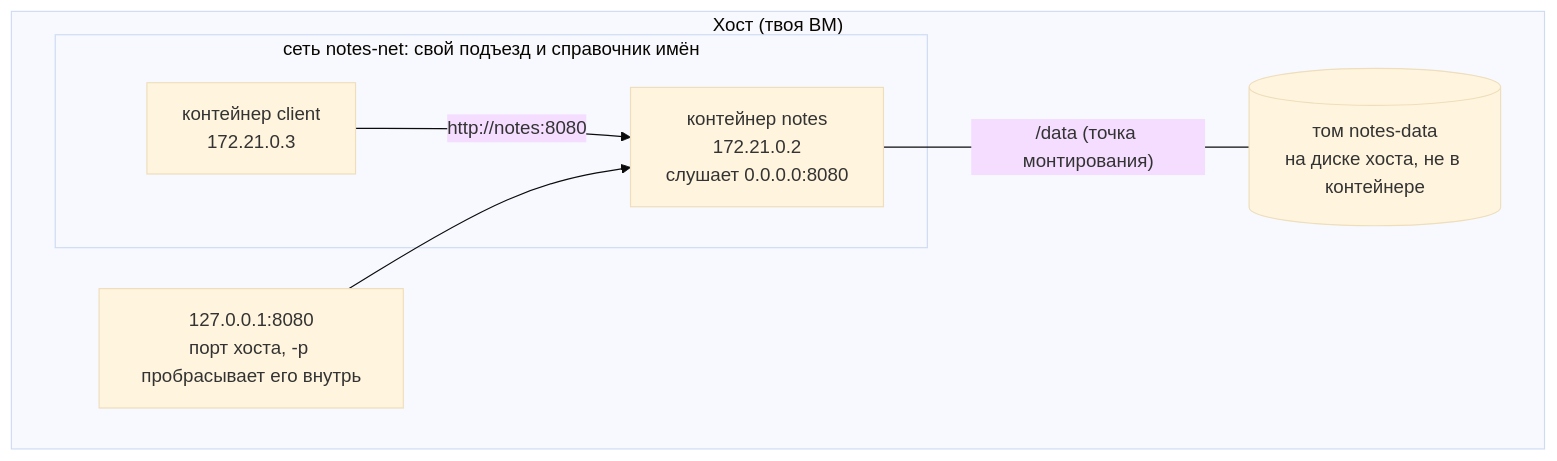
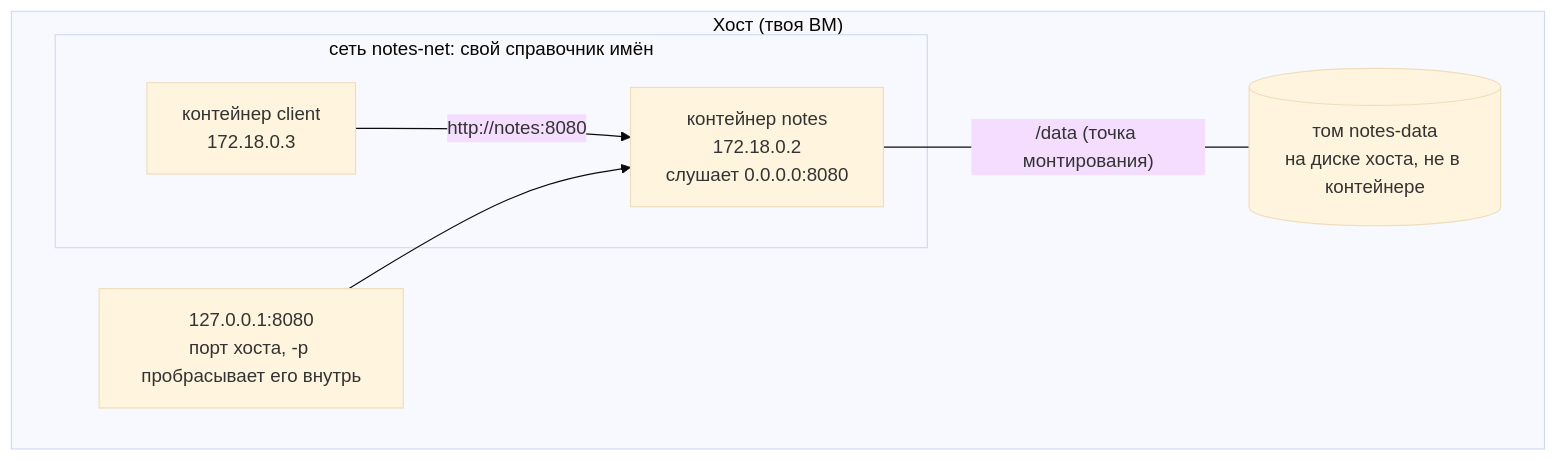
One commit to distinguished-sre/learning changed the first of 10 diagrams in devops/04-docker/03-storage-networks.md. Above: the diagram before and after it, drawn with Mermaid (base theme). The commit also changed other lines of this file and 462 other files, not shown here.

````diff
--- a/devops/04-docker/03-storage-networks.md
+++ b/devops/04-docker/03-storage-networks.md
@@ -41,14 +41,14 @@
 ```mermaid
 flowchart TB
     subgraph HOST["Хост (твоя ВМ)"]
         PORT["127.0.0.1:8080<br>порт хоста, -p пробрасывает его внутрь"]
-        subgraph NET["сеть notes-net: свой подъезд и справочник имён"]
-            N["контейнер notes<br>172.21.0.2<br>слушает 0.0.0.0:8080"]
-            C["контейнер client<br>172.21.0.3"]
+        subgraph NET["сеть notes-net: свой справочник имён"]
+            N["контейнер notes<br>172.18.0.2<br>слушает 0.0.0.0:8080"]
+            C["контейнер client<br>172.18.0.3"]
         end
         VOL[("том notes-data<br>на диске хоста, не в контейнере")]
     end
     C -->|"http://notes:8080"| N
     PORT --> N
     N ---|"/data (точка монтирования)"| VOL
 ```
````
